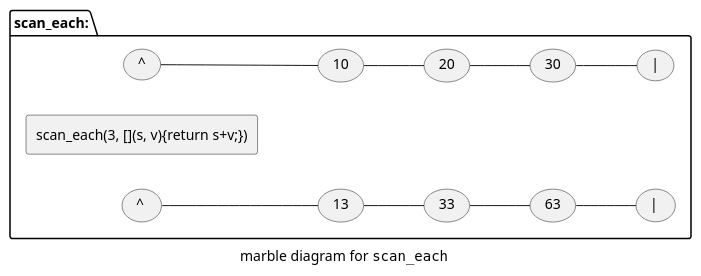
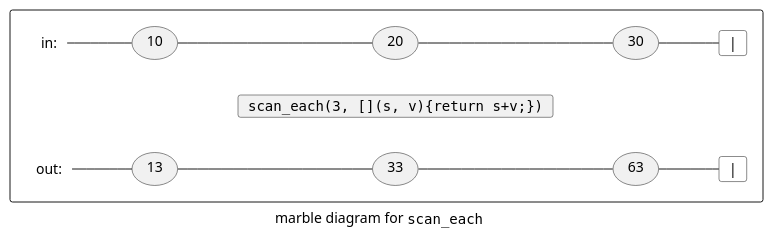
Before and after one commit to kirkshoop/sequence-next: diagram 14 of 16 in sequences.md, drawn with PlantUML. The commit also changed other lines of this file, not shown here.

````diff
--- a/sequences.md
+++ b/sequences.md
@@ -596,15 +681,27 @@
 ```plantuml
 caption marble diagram for ""scan_each""
 left to right direction
-package scan_each: {
-(^) -- (10)
-(10) -- (20)
-(20) -- (30)
-(30) -- (|)
-rectangle ""scan_each(3, [](s, v){return s+v;})""
-(^ ) -- (13)
-(13) -- (33)
-(33) -- (63)
-(63) -- (| )
+rectangle {
+card iS as "in:" #transparent;line:transparent 
+usecase i10 as "10"
+usecase i20 as "20"
+usecase i30 as "30"
+card iE as "|" #transparent
+iS -- i10
+i10 -- i20
+i20 -- i30
+i30 -- iE
+usecase anc as " " #transparent;line:transparent
+card fn as """scan_each(3, [](s, v){return s+v;})""" 
+anc -[hidden]-- fn
+card oS as "out:" #transparent;line:transparent
+usecase o13 as "13"
+usecase o33 as "33"
+usecase o63 as "63"
+card oE as "|" #transparent
+oS -- o13
+o13 -- o33
+o33 -- o63
+o63 -- oE
 }
 ```
````
